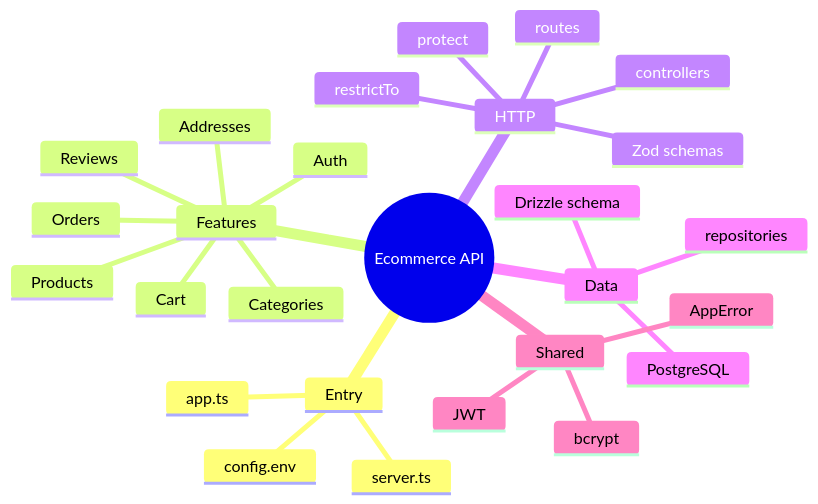
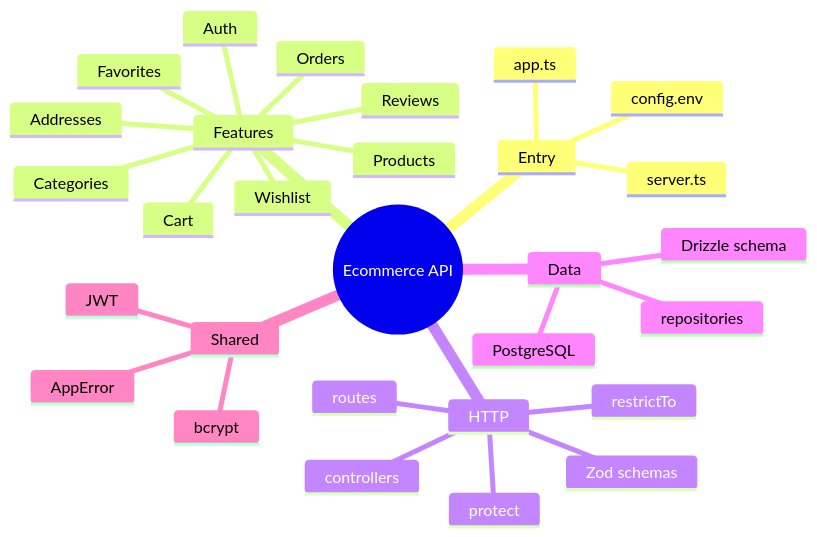
The second of 6 diagrams in README.md (mahdi-code007/ecommerce-api-typescript), drawn with Mermaid before and after one commit. The commit also changed other lines of this file and 16 other files, not shown here.

Commit message:
feat: add wishlist and favorites product lists

````diff
--- a/README.md
+++ b/README.md
@@ -402,30 +439,32 @@
 ```mermaid
 mindmap
   root((Ecommerce API))
     Entry
       server.ts
       app.ts
       config.env
     Features
       Auth
       Categories
       Products
       Cart
+      Wishlist
+      Favorites
       Addresses
       Orders
       Reviews
     HTTP
       routes
       protect
       restrictTo
       Zod schemas
       controllers
     Data
       repositories
       Drizzle schema
       PostgreSQL
     Shared
       JWT
       bcrypt
       AppError
 ```
````
